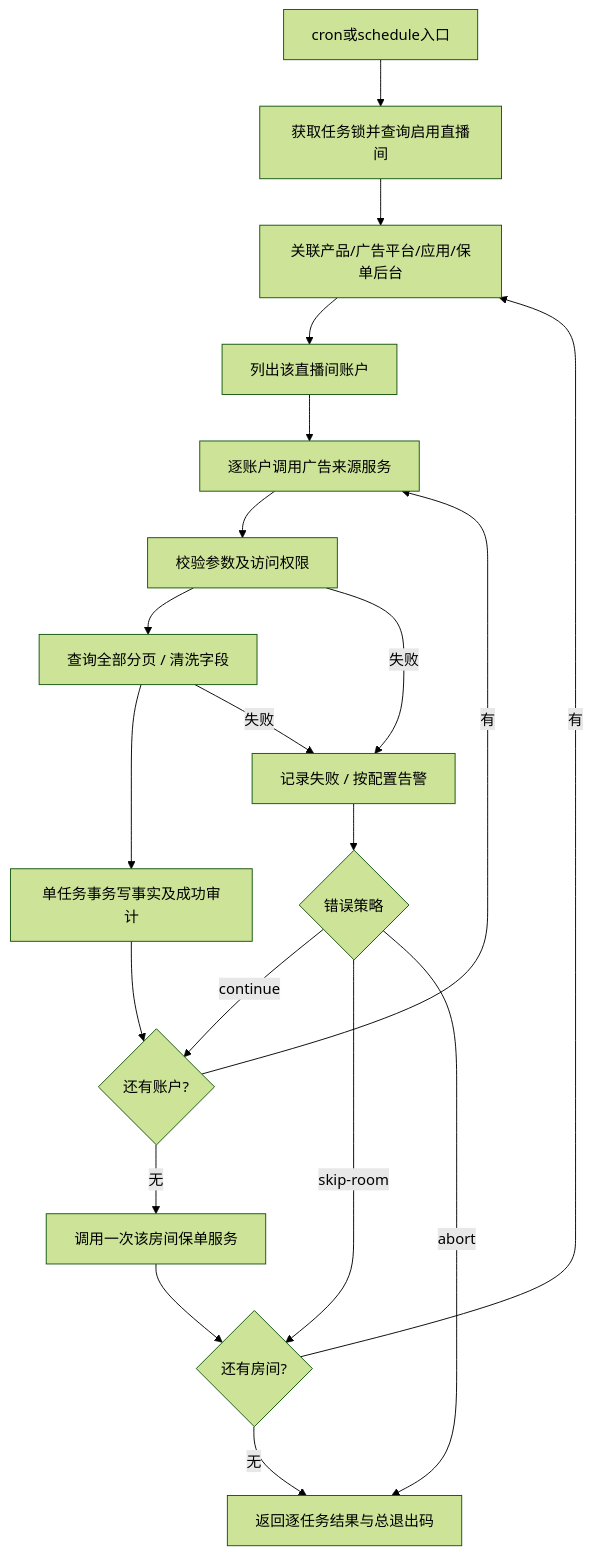
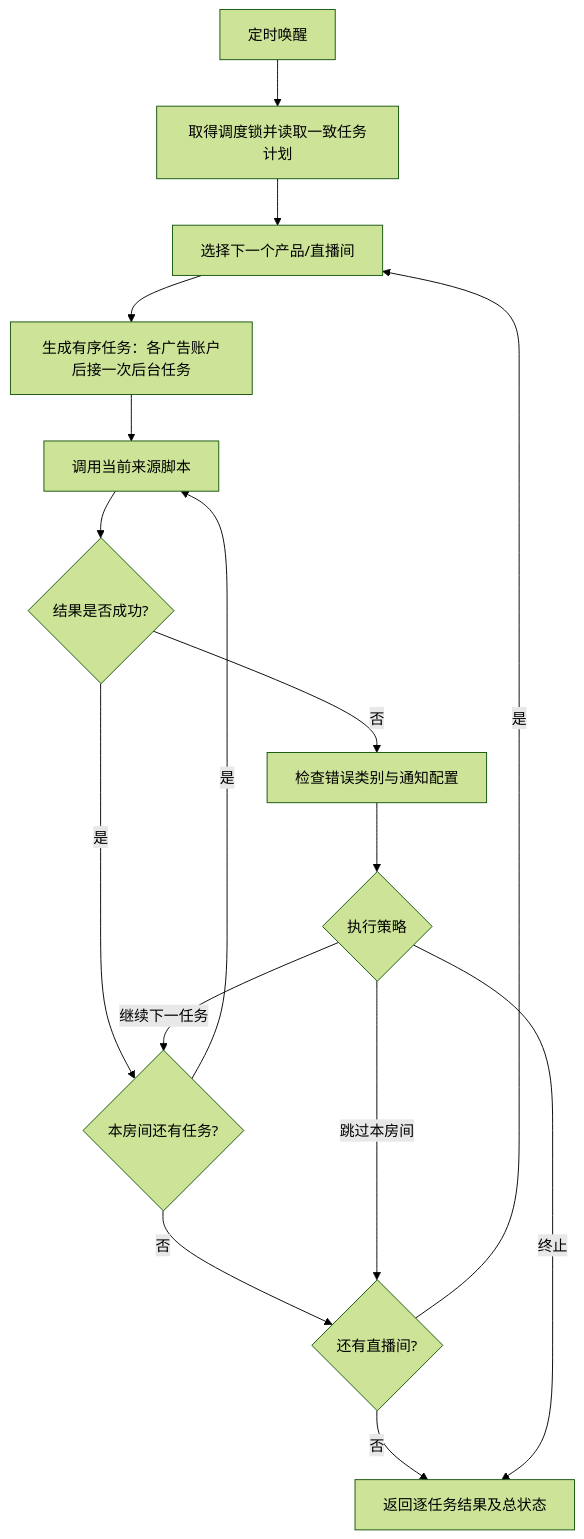
The third of 4 diagrams in live_data_design/SPEC.md (OnfireMrHuang/staffhub), drawn with Mermaid (forest theme) before and after one commit. The commit also changed other lines of this file and 33 other files, not shown here.

````diff
--- a/live_data_design/SPEC.md
+++ b/live_data_design/SPEC.md
@@ -156,22 +92,18 @@
 ```mermaid
 flowchart TD
-    A[cron或schedule入口] --> B[获取任务锁并查询启用直播间]
-    B --> C[关联产品/广告平台/应用/保单后台]
-    C --> D[列出该直播间账户]
-    D --> E[逐账户调用广告来源服务]
-    E --> F[校验参数及访问权限]
-    F --> G[查询全部分页 / 清洗字段]
-    G --> H[单任务事务写事实及成功审计]
-    H --> I{还有账户?}
-    I -- 有 --> E
-    I -- 无 --> J[调用一次该房间保单服务]
-    J --> K{还有房间?}
-    K -- 有 --> C
-    K -- 无 --> Z[返回逐任务结果与总退出码]
-    F -- 失败 --> X[记录失败 / 按配置告警]
-    G -- 失败 --> X
-    X --> Y{错误策略}
-    Y -- continue --> I
-    Y -- skip-room --> K
-    Y -- abort --> Z
+    A[定时唤醒] --> B[取得调度锁并读取一致任务计划]
+    B --> C[选择下一个产品/直播间]
+    C --> D[生成有序任务：各广告账户后接一次后台任务]
+    D --> E[调用当前来源脚本]
+    E --> F{结果是否成功?}
+    F -- 是 --> G{本房间还有任务?}
+    G -- 是 --> E
+    G -- 否 --> H{还有直播间?}
+    H -- 是 --> C
+    H -- 否 --> J[返回逐任务结果及总状态]
+    F -- 否 --> X[检查错误类别与通知配置]
+    X --> Y{执行策略}
+    Y -- 继续下一任务 --> G
+    Y -- 跳过本房间 --> H
+    Y -- 终止 --> J
 ```
````
